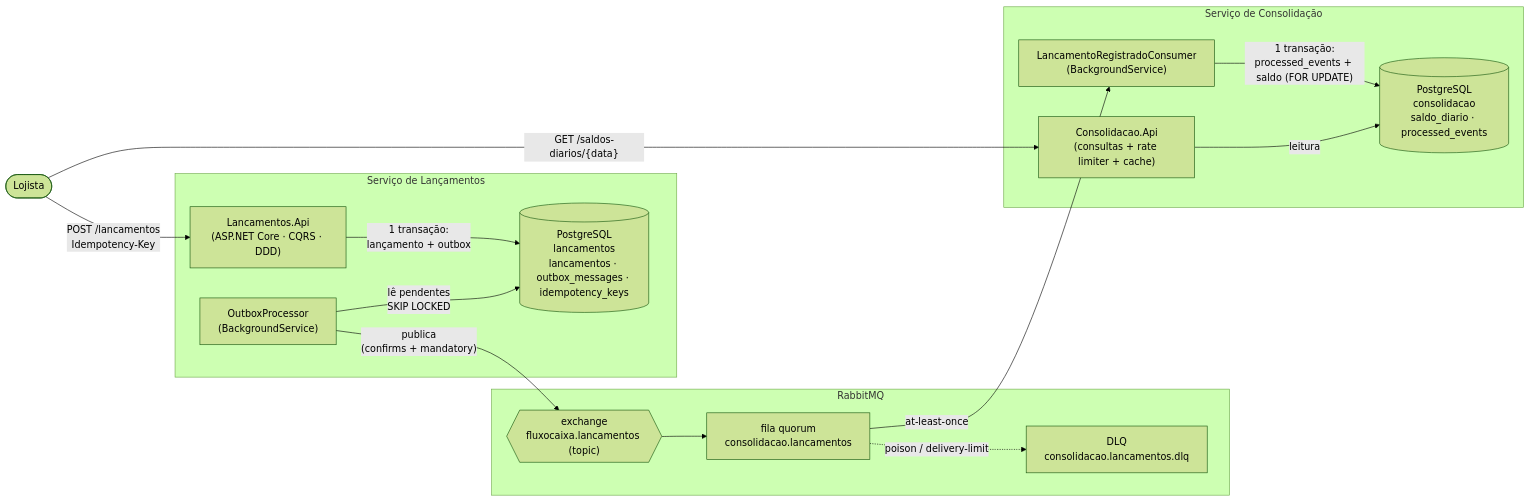
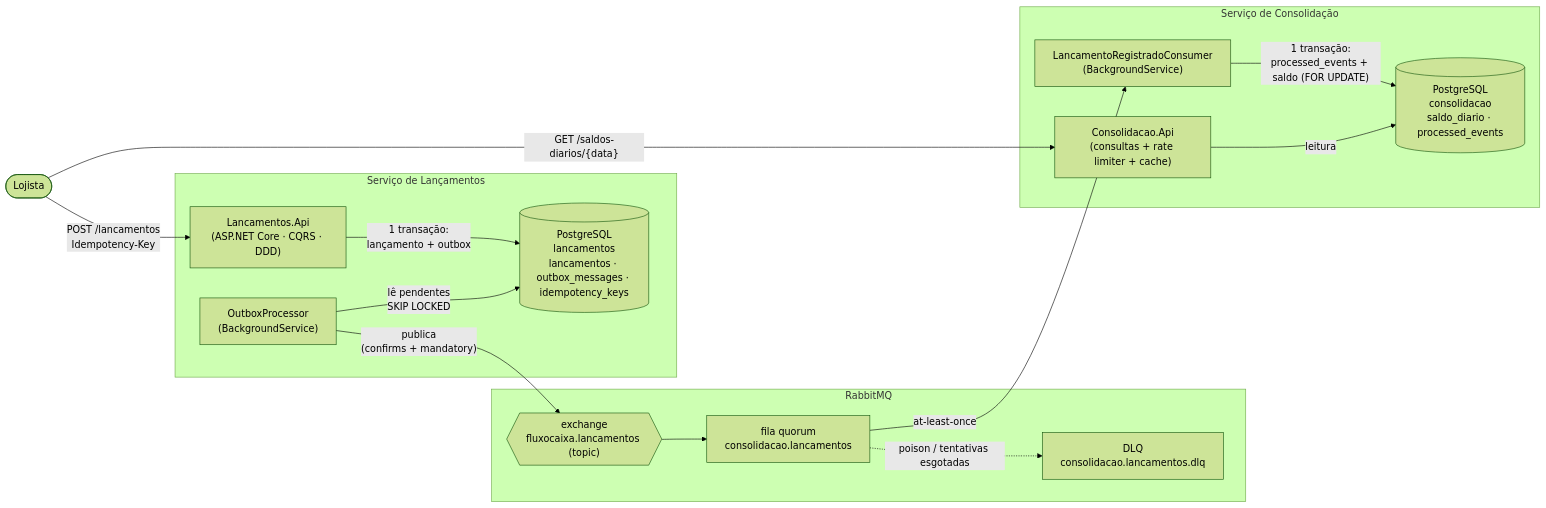
Before and after one commit to LeonardoGonSantos/desafio-fluxo-caixa: the second of 3 diagrams in docs/diagrams/c4-contexto-e-containers.md, drawn with Mermaid (forest theme). The commit also changed 23 other files, not shown here.

````diff
--- a/docs/diagrams/c4-contexto-e-containers.md
+++ b/docs/diagrams/c4-contexto-e-containers.md
@@ -15,33 +15,33 @@
 ```mermaid
 flowchart LR
     lojista(["Lojista"])
 
     subgraph Lancamentos["Serviço de Lançamentos"]
         lapi["Lancamentos.Api<br/>(ASP.NET Core · CQRS · DDD)"]
         outbox["OutboxProcessor<br/>(BackgroundService)"]
         ldb[("PostgreSQL<br/>lancamentos<br/>lancamentos · outbox_messages · idempotency_keys")]
     end
 
     subgraph Broker["RabbitMQ"]
         ex{{"exchange<br/>fluxocaixa.lancamentos (topic)"}}
         q["fila quorum<br/>consolidacao.lancamentos"]
         dlq["DLQ<br/>consolidacao.lancamentos.dlq"]
     end
 
     subgraph Consolidacao["Serviço de Consolidação"]
         capi["Consolidacao.Api<br/>(consultas + rate limiter + cache)"]
         consumer["LancamentoRegistradoConsumer<br/>(BackgroundService)"]
         cdb[("PostgreSQL<br/>consolidacao<br/>saldo_diario · processed_events")]
     end
 
     lojista -->|"POST /lancamentos<br/>Idempotency-Key"| lapi
     lapi -->|"1 transação:<br/>lançamento + outbox"| ldb
     outbox -->|"lê pendentes<br/>SKIP LOCKED"| ldb
     outbox -->|"publica<br/>(confirms + mandatory)"| ex
     ex --> q
     q -->|"at-least-once"| consumer
-    q -.->|"poison / delivery-limit"| dlq
+    q -.->|"poison / tentativas esgotadas"| dlq
     consumer -->|"1 transação:<br/>processed_events + saldo (FOR UPDATE)"| cdb
     lojista -->|"GET /saldos-diarios/{data}"| capi
     capi -->|"leitura"| cdb
 ```
````
